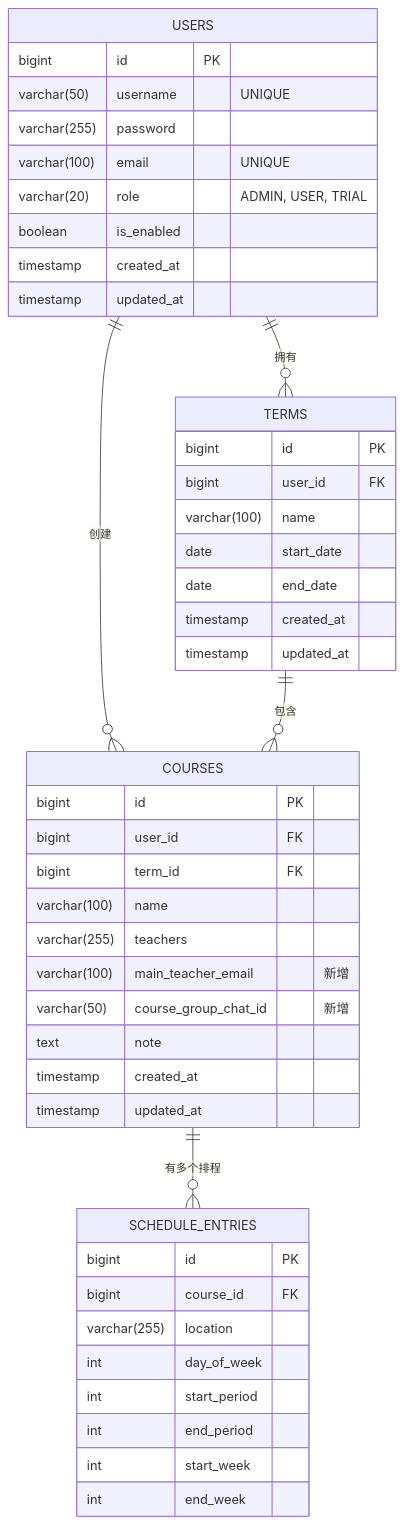
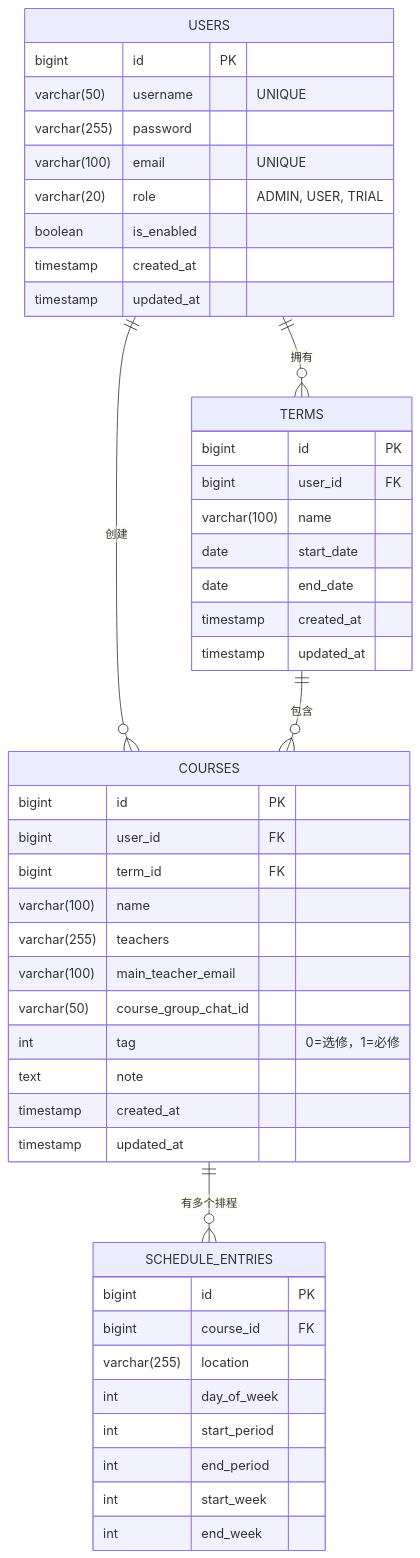
One commit to hgcode1130/XMU-Repository changed the diagram in 大二小学期/personal_course/设计文档.md. Above: the diagram before and after it, drawn with Mermaid. The commit also changed other lines of this file and 83 other files, not shown here.

````diff
--- a/大二小学期/personal_course/设计文档.md
+++ b/大二小学期/personal_course/设计文档.md
@@ -33,53 +36,53 @@
 ```mermaid
 erDiagram
     USERS {
         bigint id PK
         varchar(50) username "UNIQUE"
         varchar(255) password
         varchar(100) email "UNIQUE"
         varchar(20) role "ADMIN, USER, TRIAL"
         boolean is_enabled
         timestamp created_at
         timestamp updated_at
     }
 
     TERMS {
         bigint id PK
         bigint user_id FK
         varchar(100) name
         date start_date
         date end_date
         timestamp created_at
         timestamp updated_at
     }
 
     COURSES {
         bigint id PK
         bigint user_id FK
         bigint term_id FK
         varchar(100) name
         varchar(255) teachers
-        varchar(100) main_teacher_email "新增"
-        varchar(50) course_group_chat_id "新增"
+        varchar(100) main_teacher_email
+        varchar(50) course_group_chat_id
+        int tag "0=选修，1=必修"
         text note
         timestamp created_at
         timestamp updated_at
     }
 
     SCHEDULE_ENTRIES {
         bigint id PK
         bigint course_id FK
         varchar(255) location
         int day_of_week
         int start_period
         int end_period
         int start_week
         int end_week
     }
 
     USERS ||--o{ TERMS : "拥有"
     USERS ||--o{ COURSES : "创建"
     TERMS ||--o{ COURSES : "包含"
     COURSES ||--o{ SCHEDULE_ENTRIES : "有多个排程"
-
 ```
````
